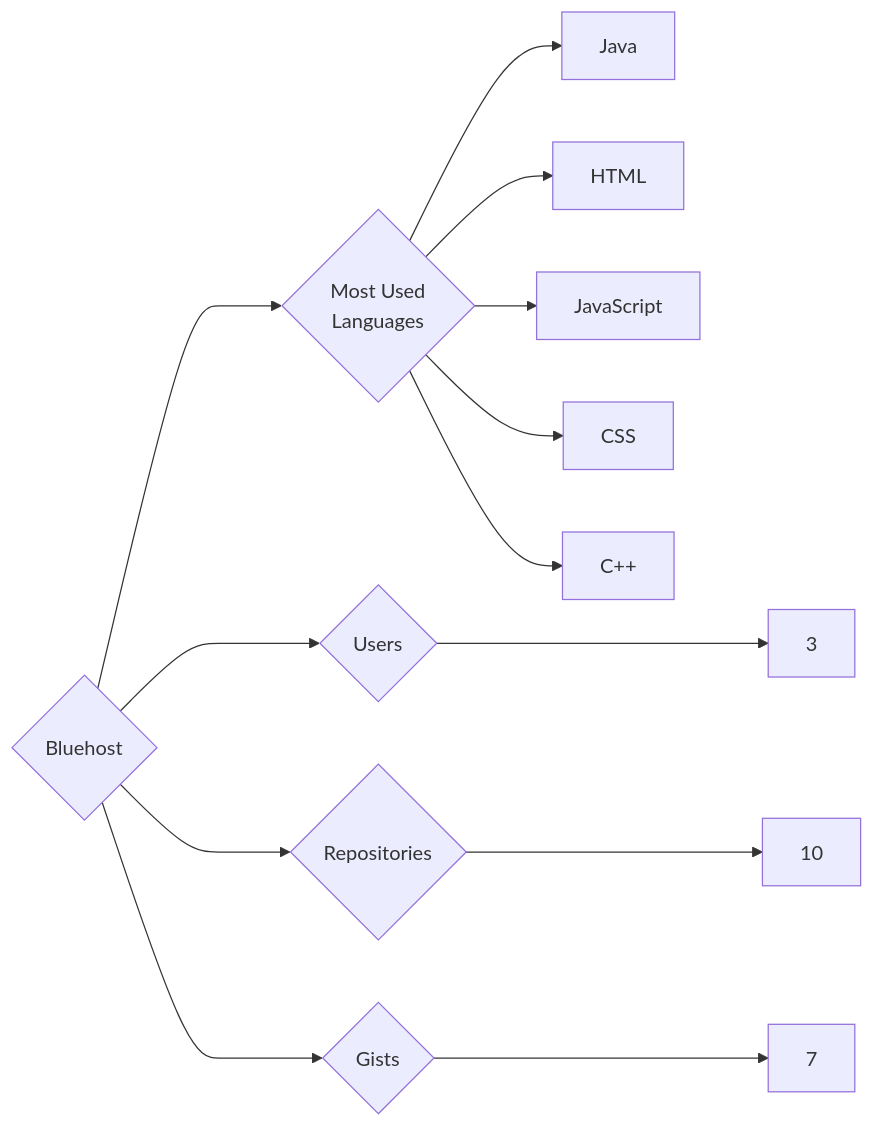
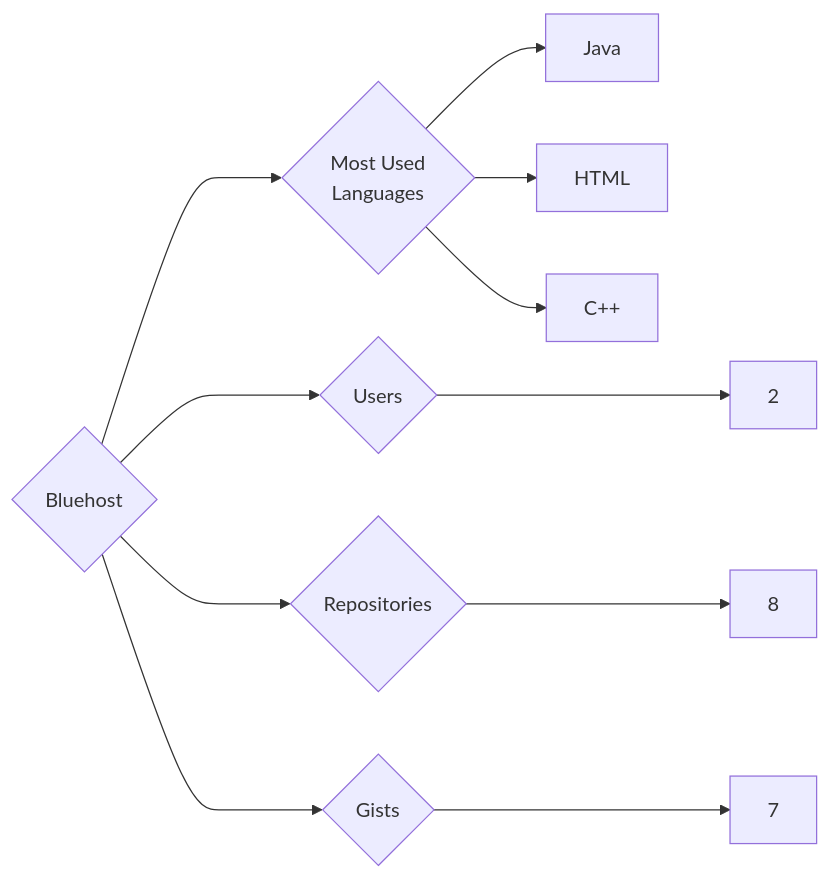
The diagram in targets/Bluehost/README.md (trickest/insiders), drawn with Mermaid before and after one commit. The commit also changed 1055 other files, not shown here.

````diff
--- a/targets/Bluehost/README.md
+++ b/targets/Bluehost/README.md
@@ -3,13 +3,11 @@
 ```mermaid
 graph LR
 COMPANY_NAME{Bluehost}
-COMPANY_NAME ---> U{Users} ---> UN[3]
-COMPANY_NAME ---> R{Repositories} ---> RN[10]
+COMPANY_NAME ---> U{Users} ---> UN[2]
+COMPANY_NAME ---> R{Repositories} ---> RN[8]
 COMPANY_NAME ---> G{Gists} ---> GN[7]
 COMPANY_NAME ---> ML{Most Used<br>Languages}
 ML --> Java[Java]
 ML --> HTML[HTML]
-ML --> JavaScript[JavaScript]
-ML --> CSS[CSS]
 ML --> C++[C++]
 ```
````
